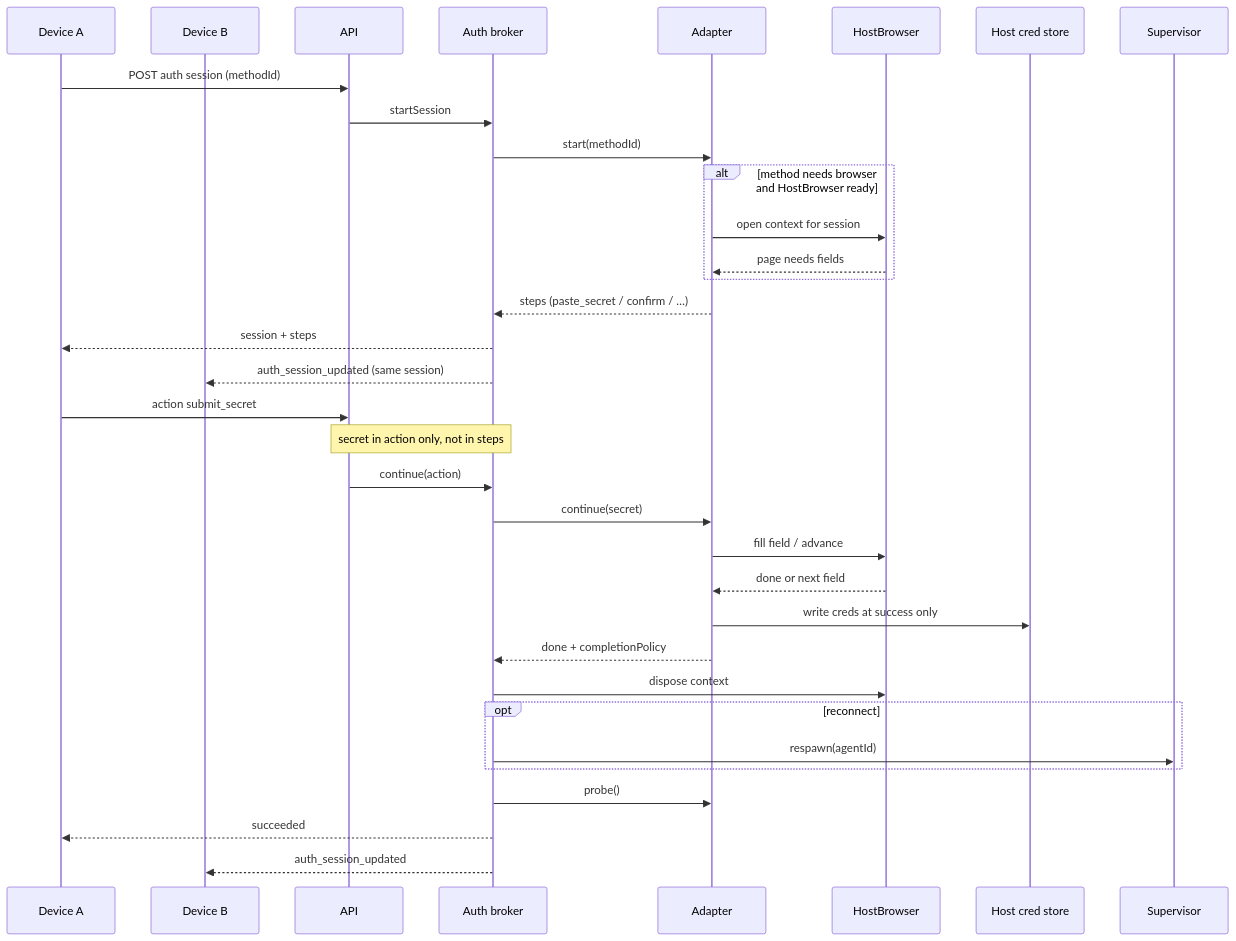
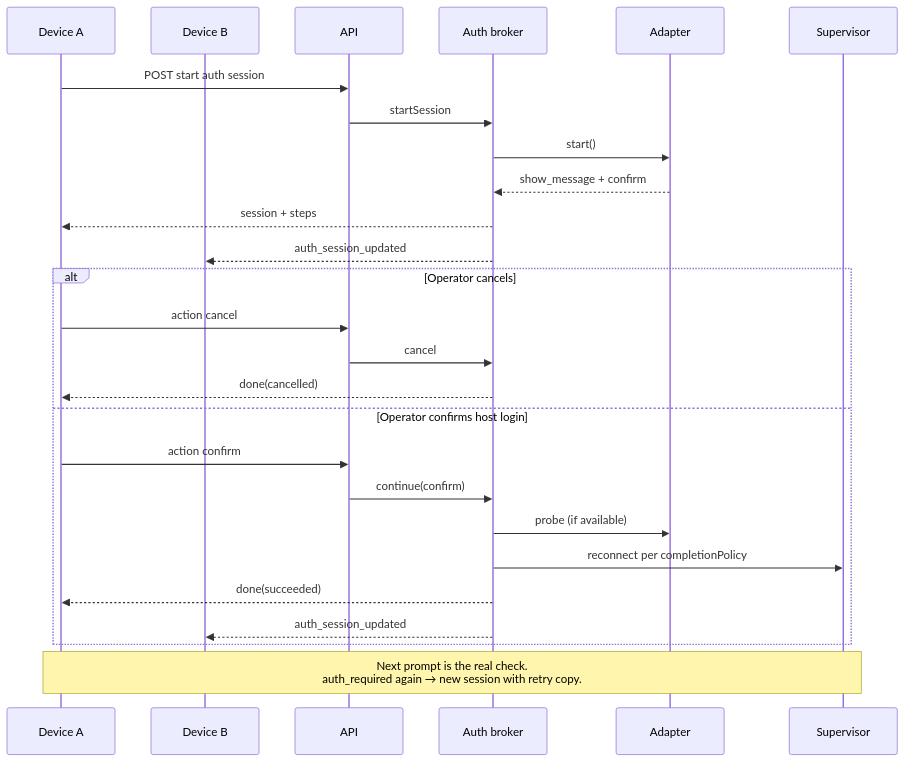
One commit to codenamegary/harold changed the fourth of 7 diagrams in docs/adr/0004-agent-auth-broker.md. Above: the diagram before and after it, drawn with Mermaid. The commit also changed other lines of this file and 1 other file, not shown here.

````diff
--- a/docs/adr/0004-agent-auth-broker.md
+++ b/docs/adr/0004-agent-auth-broker.md
@@ -169,38 +175,31 @@
 ```mermaid
 sequenceDiagram
   participant D1 as Device A
   participant D2 as Device B
   participant API
   participant Broker as Auth broker
   participant Adapter
-  participant HB as HostBrowser
-  participant Host as Host cred store
   participant Super as Supervisor
 
-  D1->>API: POST auth session (methodId)
+  D1->>API: POST start auth session
   API->>Broker: startSession
-  Broker->>Adapter: start(methodId)
-  alt method needs browser and HostBrowser ready
-    Adapter->>HB: open context for session
-    HB-->>Adapter: page needs fields
+  Broker->>Adapter: start()
+  Adapter-->>Broker: show_message + confirm
+  Broker-->>D1: session + steps
+  Broker-->>D2: auth_session_updated
+
+  alt Operator cancels
+    D1->>API: action cancel
+    API->>Broker: cancel
+    Broker-->>D1: done(cancelled)
+  else Operator confirms host login
+    D1->>API: action confirm
+    API->>Broker: continue(confirm)
+    Broker->>Adapter: probe (if available)
+    Broker->>Super: reconnect per completionPolicy
+    Broker-->>D1: done(succeeded)
+    Broker-->>D2: auth_session_updated
   end
-  Adapter-->>Broker: steps (paste_secret / confirm / …)
-  Broker-->>D1: session + steps
-  Broker-->>D2: auth_session_updated (same session)
 
-  D1->>API: action submit_secret
-  Note over API,Broker: secret in action only, not in steps
-  API->>Broker: continue(action)
-  Broker->>Adapter: continue(secret)
-  Adapter->>HB: fill field / advance
-  HB-->>Adapter: done or next field
-  Adapter->>Host: write creds at success only
-  Adapter-->>Broker: done + completionPolicy
-  Broker->>HB: dispose context
-  opt reconnect
-    Broker->>Super: respawn(agentId)
-  end
-  Broker->>Adapter: probe()
-  Broker-->>D1: succeeded
-  Broker-->>D2: auth_session_updated
+  Note over D1,Super: Next prompt is the real check.<br/>auth_required again → new session with retry copy.
 ```
````
